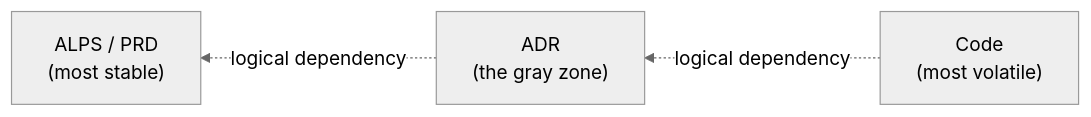
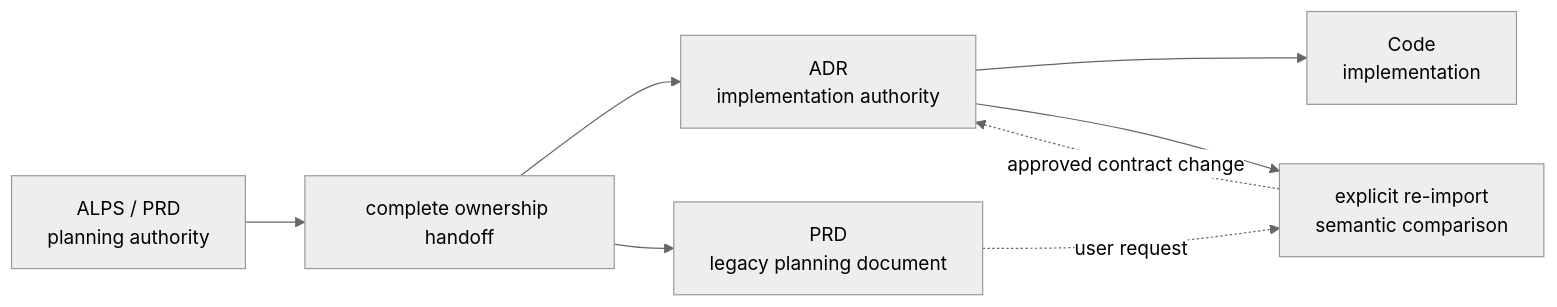
One commit to haandol/alps-writer-mcp changed the second of 3 diagrams in plugins/adr-writer/templates/adr/concepts.md. Above: the diagram before and after it, drawn with Mermaid (neutral theme). The commit also changed other lines of this file and 44 other files, not shown here.

Commit message:
feat(plugin): transfer PRD ownership to ADRs

````diff
--- a/plugins/adr-writer/templates/adr/concepts.md
+++ b/plugins/adr-writer/templates/adr/concepts.md
@@ -141,9 +141,15 @@
 ```mermaid
-flowchart RL
-    PRD["ALPS / PRD<br/>(most stable)"]
-    ADR["ADR<br/>(the gray zone)"]
-    Code["Code<br/>(most volatile)"]
+flowchart LR
+    PRD["ALPS / PRD<br/>planning authority"]
+    Handoff["complete ownership handoff"]
+    ADR["ADR<br/>implementation authority"]
+    Code["Code<br/>implementation"]
+    Legacy["PRD<br/>legacy planning document"]
+    Reimport["explicit re-import<br/>semantic comparison"]
 
-    Code -. logical dependency .-> ADR
-    ADR -. logical dependency .-> PRD
+    PRD --> Handoff --> ADR --> Code
+    Handoff --> Legacy
+    Legacy -. user request .-> Reimport
+    ADR --> Reimport
+    Reimport -. approved contract change .-> ADR
 ```
````
